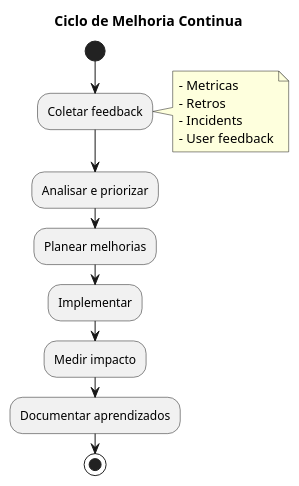
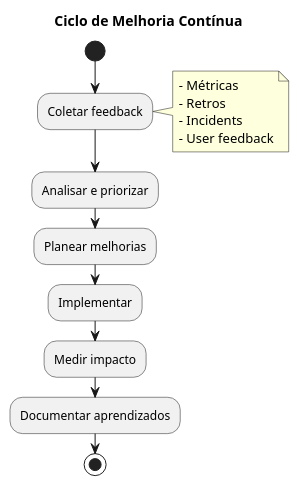
One commit to beduardo/novobanco_website_doc changed the sixth of 6 diagrams in current/definitions/DEF-15-governacao-roadmap.md. Above: the diagram before and after it, drawn with PlantUML. The commit also changed other lines of this file and 182 other files, not shown here.

````diff
--- a/current/definitions/DEF-15-governacao-roadmap.md
+++ b/current/definitions/DEF-15-governacao-roadmap.md
@@ -412,24 +412,24 @@
 ```plantuml
 @startuml
 skinparam backgroundColor white
 
-title Ciclo de Melhoria Continua
+title Ciclo de Melhoria Contínua
 
 start
 :Coletar feedback;
 note right
-- Metricas
+- Métricas
 - Retros
 - Incidents
 - User feedback
 end note
 
 :Analisar e priorizar;
 :Planear melhorias;
 :Implementar;
 :Medir impacto;
 :Documentar aprendizados;
 stop
 
 @enduml
 ```
````
